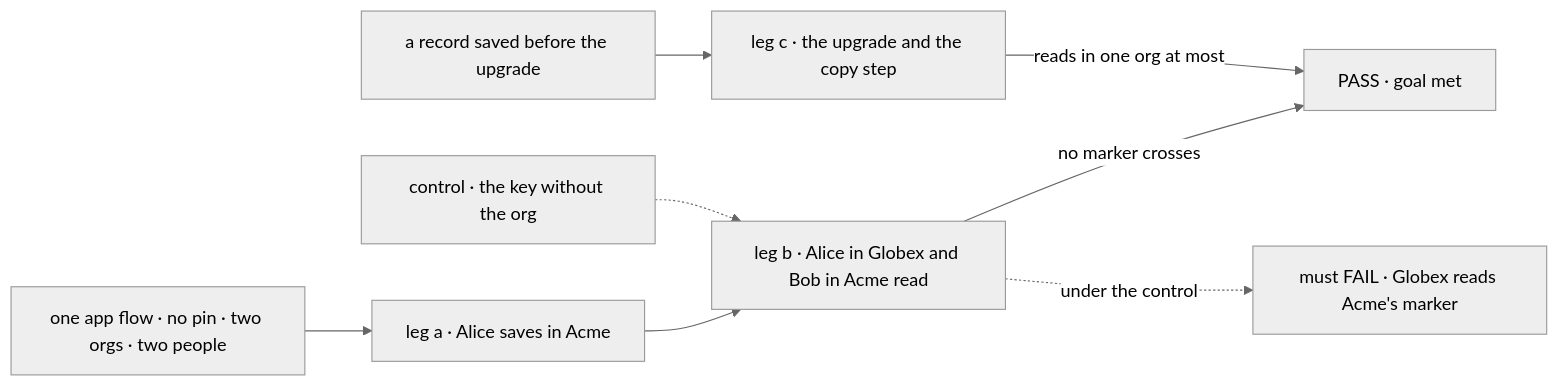
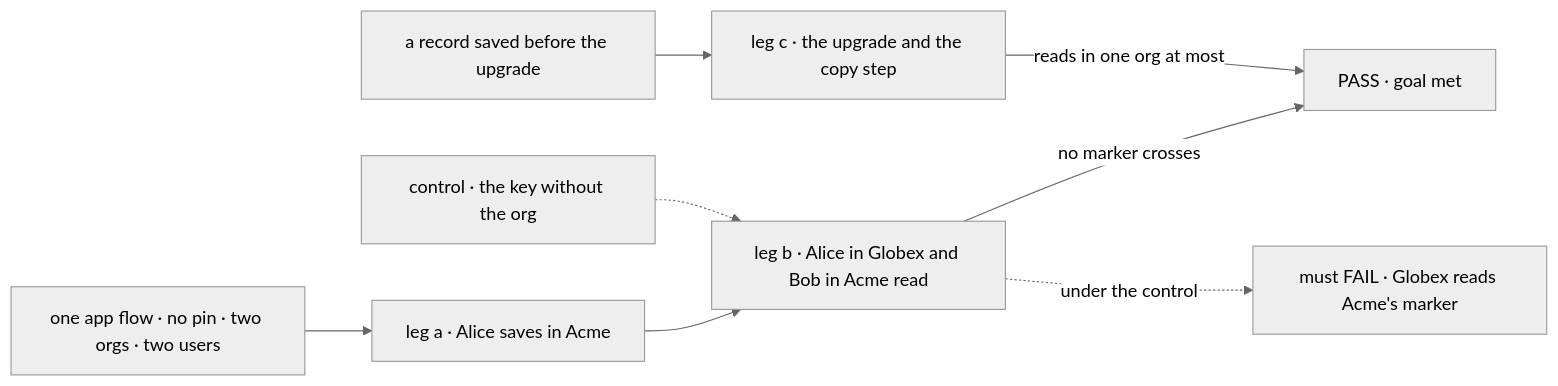
The first of 2 diagrams in specs/issues/FIX-1790/SPEC.md (fixpoint-labs/flow-state-dev), drawn with Mermaid (neutral theme) before and after one commit. The commit also changed other lines of this file and 9 other files, not shown here.

First line of the commit message:
docs(spec): FIX-1790 says "user" and "flow", not "person" and "kind"

````diff
--- a/specs/issues/FIX-1790/SPEC.md
+++ b/specs/issues/FIX-1790/SPEC.md
@@ -31,10 +31,10 @@
 ```mermaid
 flowchart LR
-  A["one app flow · no pin · two orgs · two people"] --> L1["leg a · Alice saves in Acme"]
+  A["one app flow · no pin · two orgs · two users"] --> L1["leg a · Alice saves in Acme"]
   L1 --> L2["leg b · Alice in Globex and Bob in Acme read"]
   P0["a record saved before the upgrade"] --> L3["leg c · the upgrade and the copy step"]
   L2 -->|"no marker crosses"| P["PASS · goal met"]
   L3 -->|"reads in one org at most"| P
   C1["control · the key without the org"] -.-> L2
   L2 -.->|"under the control"| F["must FAIL · Globex reads Acme's marker"]
 ```
````
